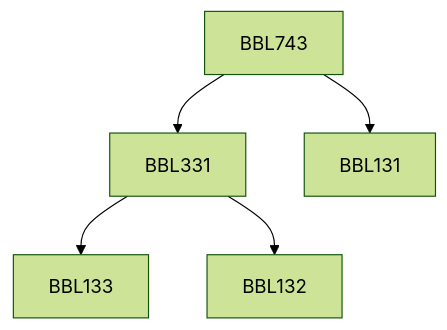
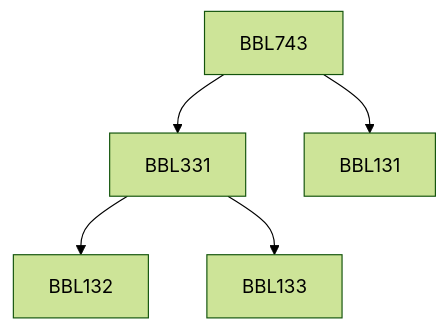
One commit to KeshavBansal0122/CoS_Website changed the diagram in content/Biochemical Engineering and Biotechnology/BBL743.md. Above: the diagram before and after it, drawn with Mermaid (forest theme). The commit also changed other lines of this file and 392 other files, not shown here.

````diff
--- a/content/Biochemical Engineering and Biotechnology/BBL743.md
+++ b/content/Biochemical Engineering and Biotechnology/BBL743.md
@@ -13,11 +13,11 @@
 ```mermaid
 flowchart TD
 BBL743-1298[BBL743]
+BBL331-1298 --> BBL132-1298[BBL132]
 BBL743-1298 --> BBL331-1298[BBL331]
+BBL743-1298 --> BBL131-1298[BBL131]
 BBL331-1298 --> BBL133-1298[BBL133]
-BBL743-1298 --> BBL131-1298[BBL131]
-BBL331-1298 --> BBL132-1298[BBL132]
 
 classDef empty height:17px, fill:transparent, stroke:transparent;
 classDef trueEmpty height:0px, width:0px;
 ```
````
